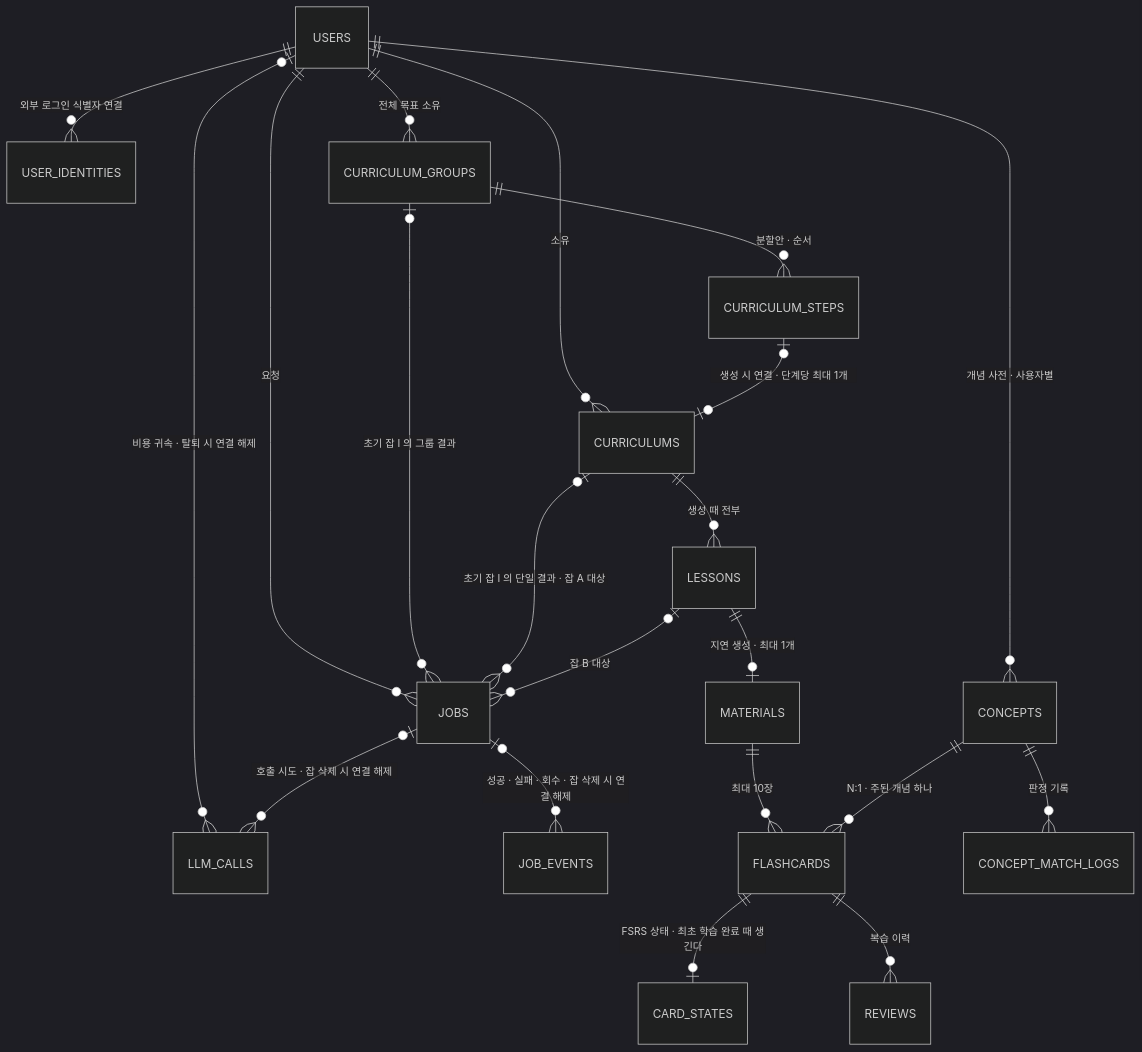
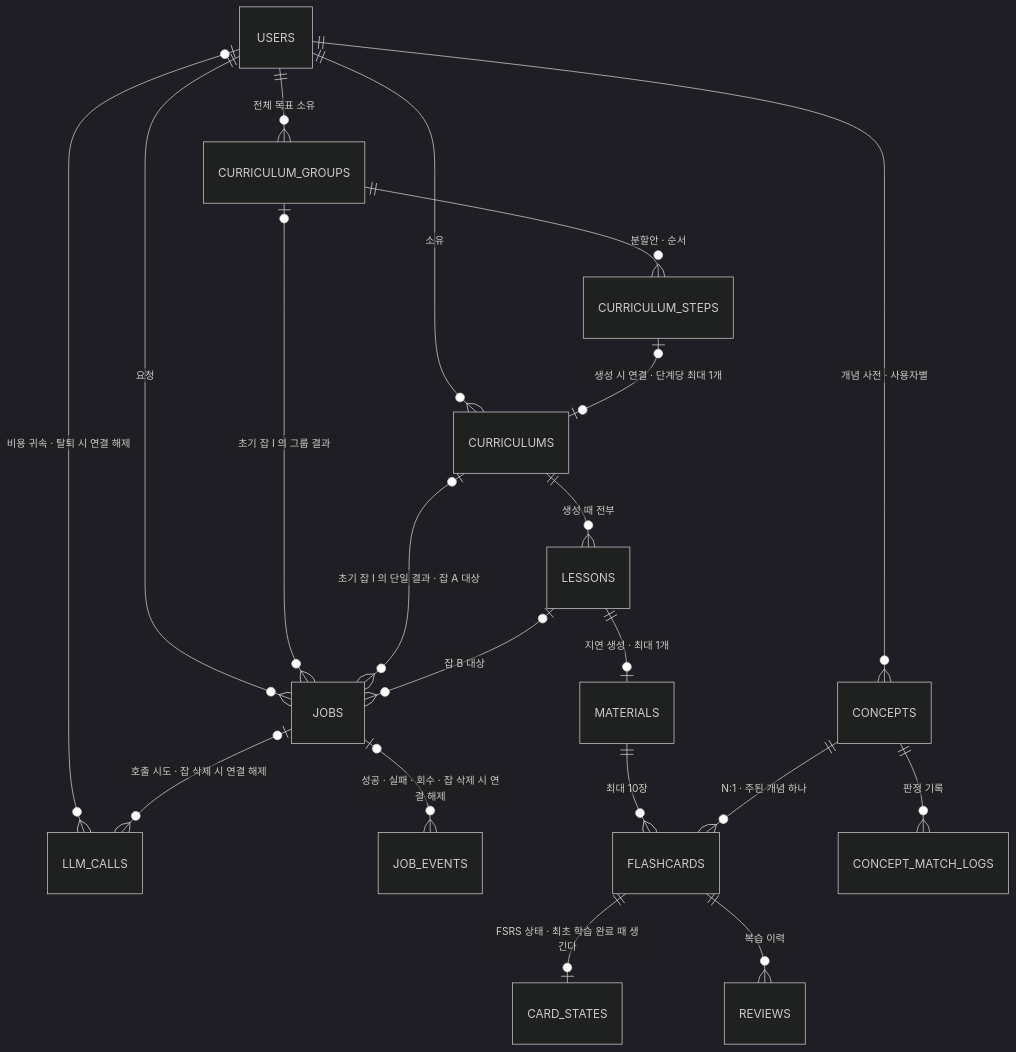
Before and after one commit to f-lab-edu/Mogum: the first of 4 diagrams in docs/02-domain-data.md, drawn with Mermaid (dark theme). The commit also changed other lines of this file and 31 other files, not shown here.

````diff
--- a/docs/02-domain-data.md
+++ b/docs/02-domain-data.md
@@ -10,23 +10,22 @@
 ```mermaid
 erDiagram
-    USERS             ||--o{ USER_IDENTITIES    : "외부 로그인 식별자 연결"
     USERS             ||--o{ CURRICULUMS        : "소유"
     USERS             ||--o{ CURRICULUM_GROUPS  : "전체 목표 소유"
     CURRICULUM_GROUPS ||--o{ CURRICULUM_STEPS   : "분할안 · 순서"
     CURRICULUM_STEPS  |o--o| CURRICULUMS        : "생성 시 연결 · 단계당 최대 1개"
     USERS             ||--o{ JOBS               : "요청"
     CURRICULUM_GROUPS |o--o{ JOBS               : "초기 잡 I 의 그룹 결과"
     CURRICULUMS       |o--o{ JOBS               : "초기 잡 I 의 단일 결과 · 잡 A 대상"
     LESSONS           |o--o{ JOBS               : "잡 B 대상"
     USERS             ||--o{ CONCEPTS           : "개념 사전 · 사용자별"
     USERS             |o--o{ LLM_CALLS          : "비용 귀속 · 탈퇴 시 연결 해제"
     JOBS              |o--o{ LLM_CALLS          : "호출 시도 · 잡 삭제 시 연결 해제"
     JOBS              |o--o{ JOB_EVENTS         : "성공 · 실패 · 회수 · 잡 삭제 시 연결 해제"
     CURRICULUMS       ||--o{ LESSONS            : "생성 때 전부"
     LESSONS           ||--o| MATERIALS          : "지연 생성 · 최대 1개"
     MATERIALS         ||--o{ FLASHCARDS         : "최대 10장"
     FLASHCARDS        ||--o| CARD_STATES        : "FSRS 상태 · 최초 학습 완료 때 생긴다"
     FLASHCARDS        ||--o{ REVIEWS            : "복습 이력"
     CONCEPTS          ||--o{ FLASHCARDS         : "N:1 · 주된 개념 하나"
     CONCEPTS          ||--o{ CONCEPT_MATCH_LOGS : "판정 기록"
 ```
````
